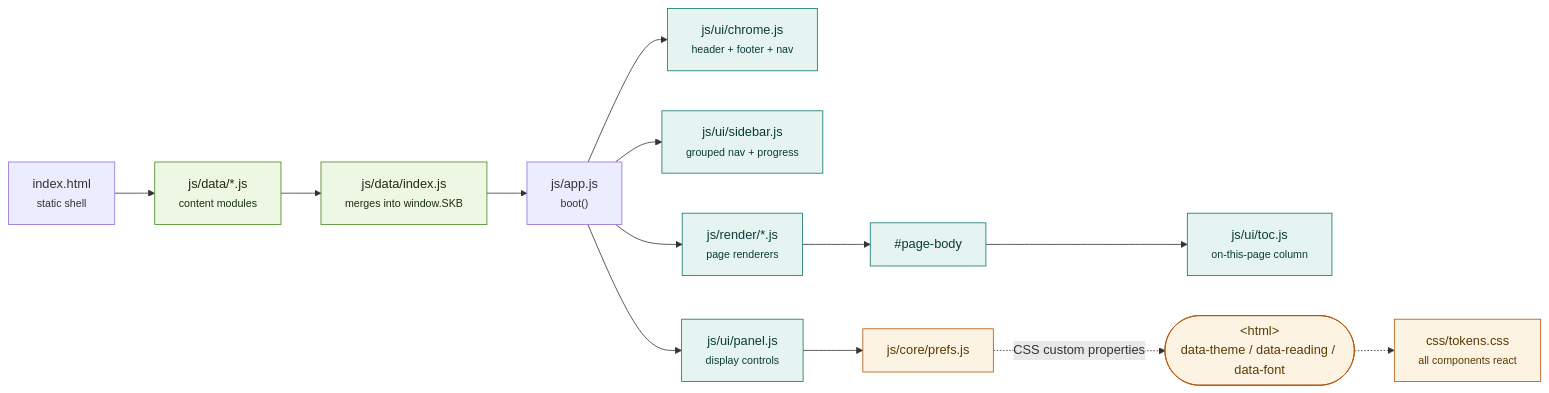
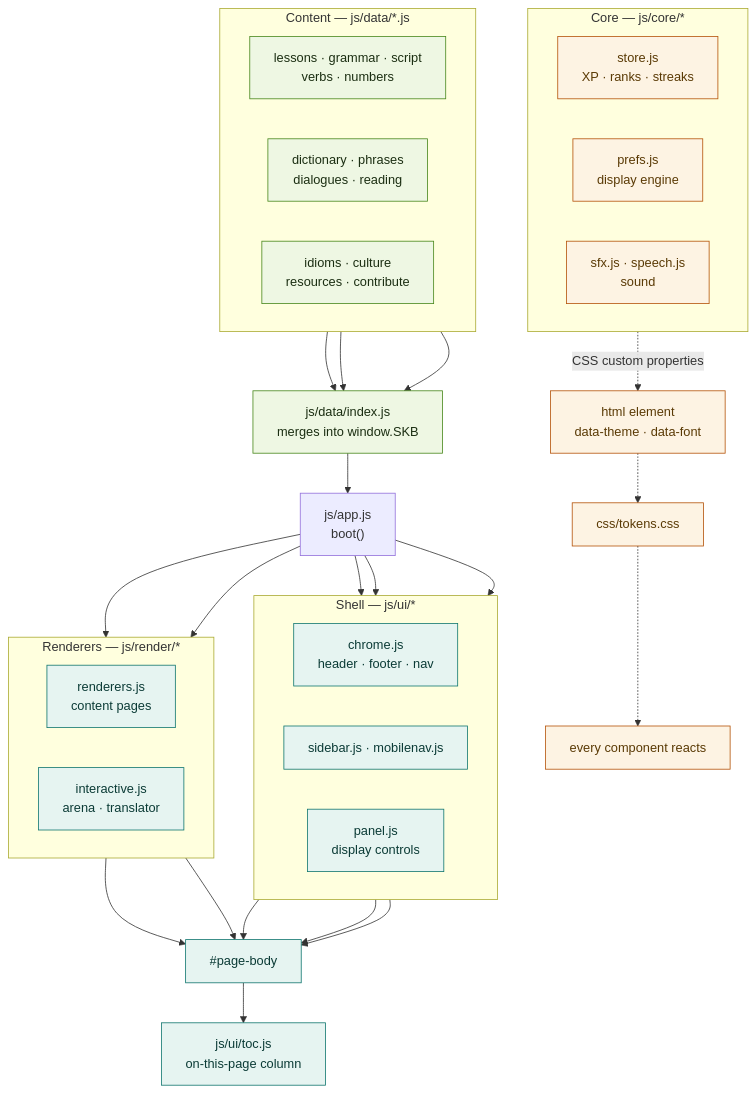
One commit to apsideslabs/SikBodo changed the first of 5 diagrams in README.md. Above: the diagram before and after it, drawn with Mermaid. The commit also changed other lines of this file and 7 other files, not shown here.

Commit message:
v1.6.0 — professional README (logo, badges, 5 Mermaid diagrams), theme-aware logo, docs

````diff
--- a/README.md
+++ b/README.md
@@ -98,22 +140,57 @@
 ```mermaid
-flowchart LR
-    A["index.html<br/><small>static shell</small>"] --> B["js/data/*.js<br/><small>content modules</small>"]
-    B --> C["js/data/index.js<br/><small>merges into window.SKB</small>"]
-    C --> D["js/app.js<br/><small>boot()</small>"]
-    D --> E["js/ui/chrome.js<br/><small>header + footer + nav</small>"]
-    D --> F["js/ui/sidebar.js<br/><small>grouped nav + progress</small>"]
-    D --> G["js/ui/panel.js<br/><small>display controls</small>"]
-    D --> H["js/render/*.js<br/><small>page renderers</small>"]
-    H --> I["#page-body"]
-    I --> J["js/ui/toc.js<br/><small>on-this-page column</small>"]
-    K["js/core/prefs.js"] -.->|CSS custom properties| L(["&lt;html&gt;<br/>data-theme / data-reading / data-font"])
-    G --> K
-    L -.-> M["css/tokens.css<br/><small>all components react</small>"]
+flowchart TB
+  subgraph data["Content — js/data/*.js"]
+    direction LR
+    A1["lessons · grammar · script<br/>verbs · numbers"]
+    A2["dictionary · phrases<br/>dialogues · reading"]
+    A3["idioms · culture<br/>resources · contribute"]
+  end
 
-    classDef data fill:#eef7e3,stroke:#48871c,color:#1b2e12
-    classDef ui fill:#e6f4f1,stroke:#0f766e,color:#0b3b36
-    classDef core fill:#fdf3e3,stroke:#b45309,color:#5a3a05
-    class B,C data
-    class E,F,G,H,I,J ui
-    class K,L,M core
+  A1 --> IDX
+  A2 --> IDX
+  A3 --> IDX
+  IDX["js/data/index.js<br/>merges into window.SKB"] --> APP["js/app.js<br/>boot()"]
+
+  subgraph shell["Shell — js/ui/*"]
+    direction LR
+    B1["chrome.js<br/>header · footer · nav"]
+    B2["sidebar.js · mobilenav.js"]
+    B3["panel.js<br/>display controls"]
+  end
+
+  subgraph render["Renderers — js/render/*"]
+    direction LR
+    C1["renderers.js<br/>content pages"]
+    C2["interactive.js<br/>arena · translator"]
+  end
+
+  APP --> B1
+  APP --> B2
+  APP --> B3
+  APP --> C1
+  APP --> C2
+  B1 --> BODY["#page-body"]
+  B2 --> BODY
+  B3 --> BODY
+  C1 --> BODY
+  C2 --> BODY
+  BODY --> TOC["js/ui/toc.js<br/>on-this-page column"]
+
+  subgraph core["Core — js/core/*"]
+    direction LR
+    E1["store.js<br/>XP · ranks · streaks"]
+    E2["prefs.js<br/>display engine"]
+    E3["sfx.js · speech.js<br/>sound"]
+  end
+
+  E2 -.->|CSS custom properties| HTMLNODE["html element<br/>data-theme · data-font"]
+  HTMLNODE -.-> TOK["css/tokens.css"]
+  TOK -.-> ALL["every component reacts"]
+
+  classDef data fill:#eef7e3,stroke:#48871c,color:#1b2e12
+  classDef ui fill:#e6f4f1,stroke:#0f766e,color:#0b3b36
+  classDef core fill:#fdf3e3,stroke:#b45309,color:#5a3a05
+  class A1,A2,A3,IDX data
+  class B1,B2,B3,C1,C2,BODY,TOC ui
+  class E1,E2,E3,HTMLNODE,TOK,ALL core
 ```
````
